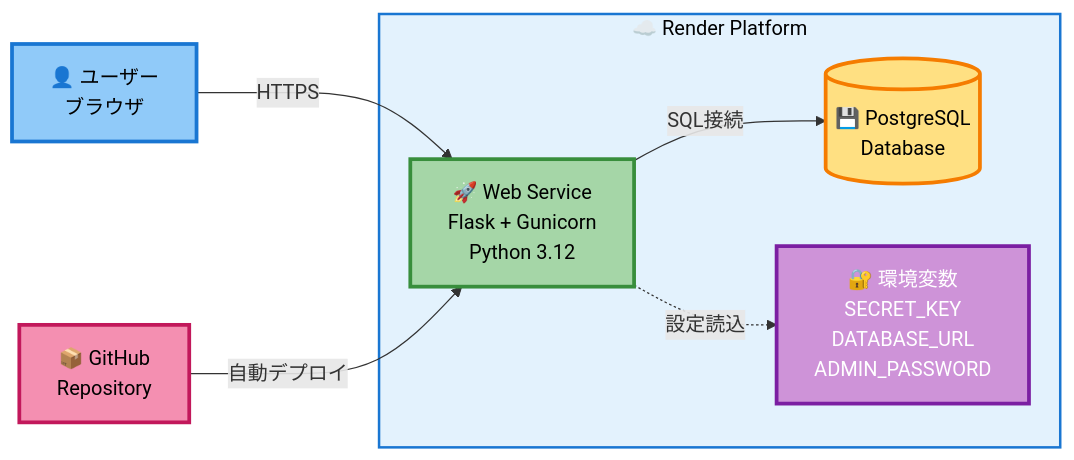
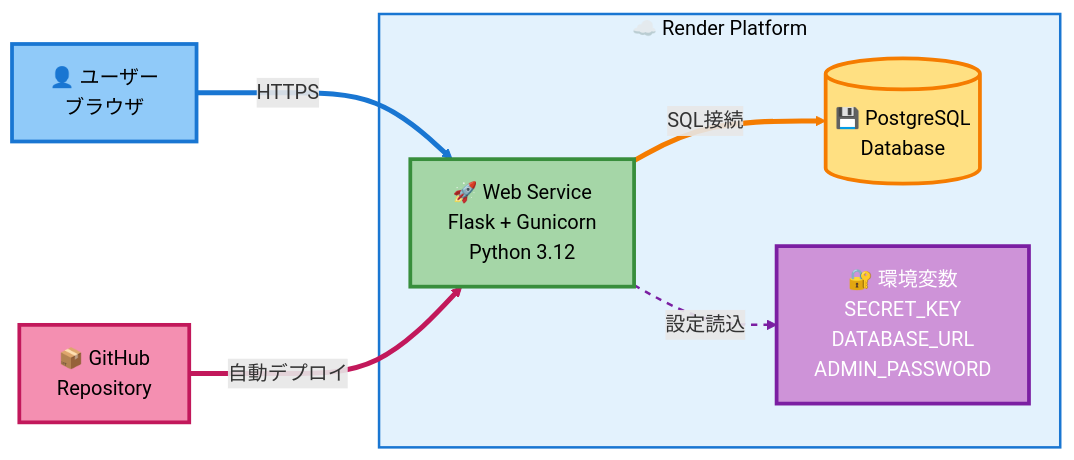
Before and after one commit to d01ki/FE-master: the second of 4 diagrams in docs/diagrams.md, drawn with Mermaid. The commit also changed other lines of this file, not shown here.

````diff
--- a/docs/diagrams.md
+++ b/docs/diagrams.md
@@ -87,24 +87,29 @@
 ```mermaid
 flowchart LR
     User["👤 ユーザー<br/>ブラウザ"]
     
-    User -->|HTTPS| App
+    User ==>|HTTPS| App
     
     subgraph Render["☁️ Render Platform"]
         App["🚀 Web Service<br/>Flask + Gunicorn<br/>Python 3.12"]
         DB[("💾 PostgreSQL<br/>Database")]
         Env["🔐 環境変数<br/>SECRET_KEY<br/>DATABASE_URL<br/>ADMIN_PASSWORD"]
         
-        App -->|SQL接続| DB
+        App ==>|SQL接続| DB
         App -.->|設定読込| Env
     end
     
-    Repo["📦 GitHub<br/>Repository"] -->|自動デプロイ| App
+    Repo["📦 GitHub<br/>Repository"] ==>|自動デプロイ| App
+    
+    linkStyle 0 stroke:#1976D2,stroke-width:4px
+    linkStyle 1 stroke:#F57C00,stroke-width:4px
+    linkStyle 2 stroke:#7B1FA2,stroke-width:2px,stroke-dasharray:5
+    linkStyle 3 stroke:#C2185B,stroke-width:4px
     
     style User fill:#90CAF9,stroke:#1976D2,stroke-width:3px,color:#000
     style App fill:#A5D6A7,stroke:#388E3C,stroke-width:3px,color:#000
     style DB fill:#FFE082,stroke:#F57C00,stroke-width:3px,color:#000
     style Env fill:#CE93D8,stroke:#7B1FA2,stroke-width:3px,color:#fff
     style Repo fill:#F48FB1,stroke:#C2185B,stroke-width:3px,color:#000
     style Render fill:#E3F2FD,stroke:#1976D2,stroke-width:2px,color:#000
 ```
````
